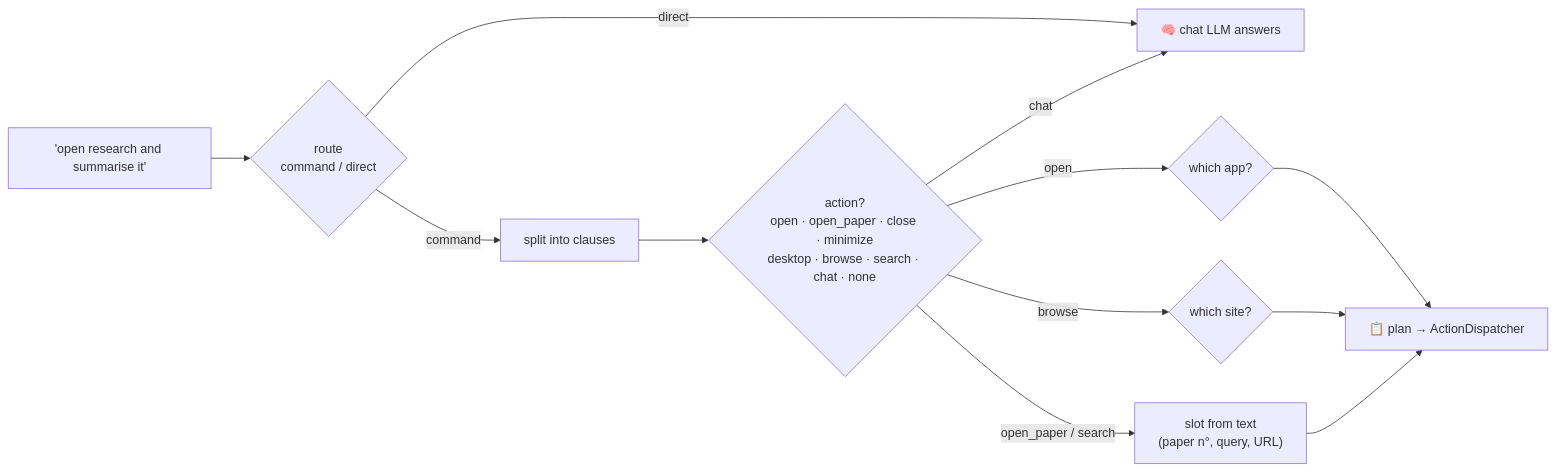
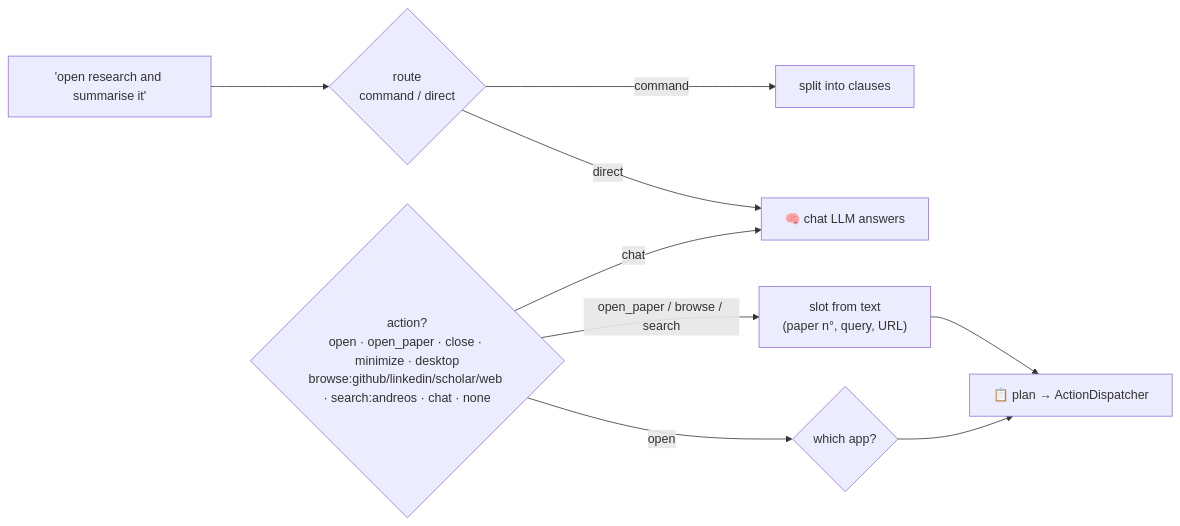
Before and after one commit to andreped/AndreOS: the diagram in docs/architecture/decision-models.md, drawn with Mermaid. The commit also changed other lines of this file and 9 other files, not shown here.

````diff
--- a/docs/architecture/decision-models.md
+++ b/docs/architecture/decision-models.md
@@ -17,14 +17,12 @@
 ```mermaid
 flowchart LR
     U["'open research and summarise it'"] --> R{"route<br/>command / direct"}
     R -->|direct| LLM["🧠 chat LLM answers"]
     R -->|command| S["split into clauses"]
-    S --> A{"action?<br/>open · open_paper · close · minimize<br/>desktop · browse · search · chat · none"}
+    A{"action?<br/>open · open_paper · close · minimize · desktop<br/>browse:github/linkedin/scholar/web · search:andreos · chat · none"}
     A -->|open| APP{"which app?"}
-    A -->|browse| SITE{"which site?"}
-    A -->|open_paper / search| SLOT["slot from text<br/>(paper n°, query, URL)"]
+    A -->|open_paper / browse / search| SLOT["slot from text<br/>(paper n°, query, URL)"]
     A -->|chat| LLM
     APP --> PLAN["📋 plan → ActionDispatcher"]
-    SITE --> PLAN
     SLOT --> PLAN
 ```
````
